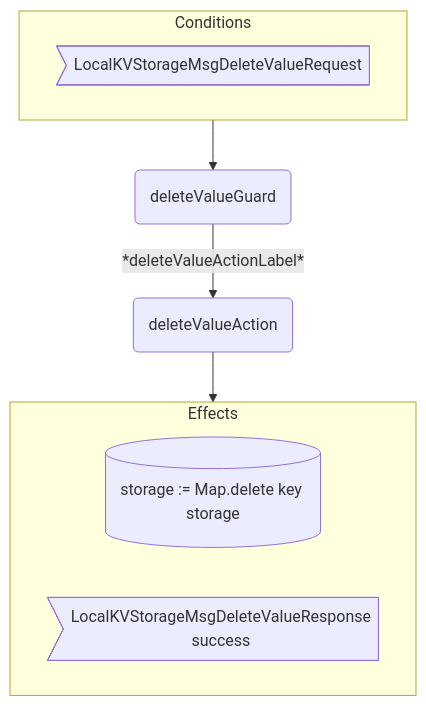
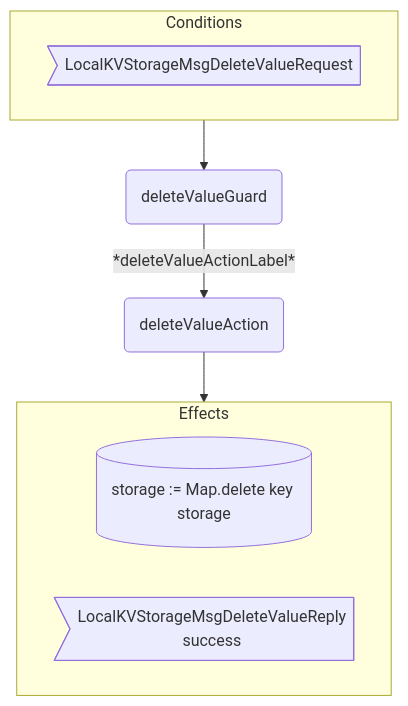
Before and after one commit to anoma/nspec: the third of 3 diagrams in docs/arch/node/engines/local_key_value_storage_behaviour.juvix.md, drawn with Mermaid. The commit also changed other lines of this file and 37 other files, not shown here.

Commit message:
Renamed all instances of "Response" to "Reply" in message interfaces for consistency across commitment, decryption, identity management, and other engines.

````diff
--- a/docs/arch/node/engines/local_key_value_storage_behaviour.juvix.md
+++ b/docs/arch/node/engines/local_key_value_storage_behaviour.juvix.md
@@ -559,16 +559,16 @@
 ```mermaid
 flowchart TD
   subgraph C[Conditions]
     CMsg>LocalKVStorageMsgDeleteValueRequest]
   end
 
   G(deleteValueGuard)
   A(deleteValueAction)
 
   C --> G -- *deleteValueActionLabel* --> A --> E
 
   subgraph E[Effects]
     EEnv[(storage := Map.delete key storage)]
-    EMsg>LocalKVStorageMsgDeleteValueResponse<br/>success]
+    EMsg>LocalKVStorageMsgDeleteValueReply<br/>success]
   end
 ```
````
